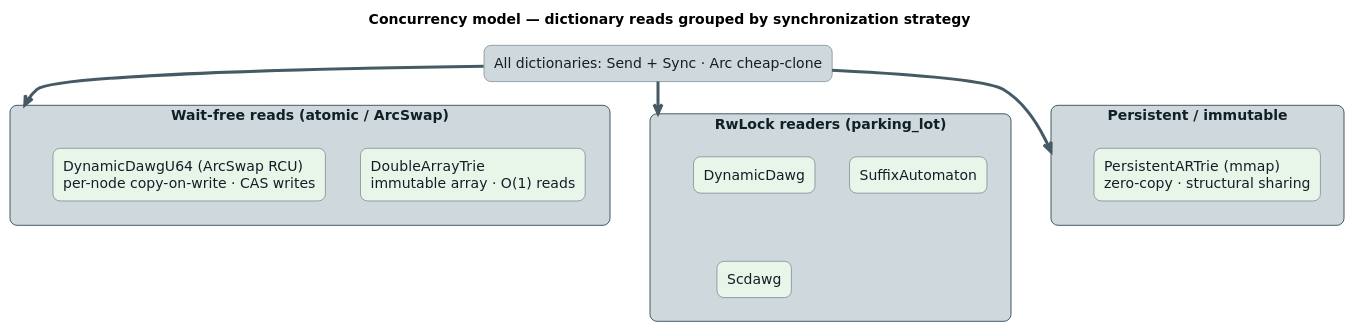
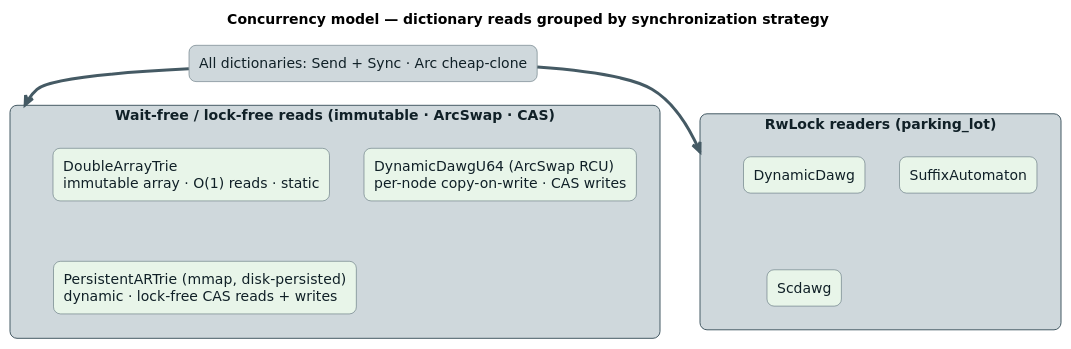
The diagram in docs/diagrams/concurrency/concurrency-model.puml (vinary-tree/liblevenshtein-rust), drawn with PlantUML before and after one commit. The commit also changed 25 other files, not shown here.

First line of the commit message:
docs: update backend diagrams and archive limitation

```diff
--- a/docs/diagrams/concurrency/concurrency-model.puml
+++ b/docs/diagrams/concurrency/concurrency-model.puml
@@ -1,47 +1,44 @@
 @startuml concurrency-model
 ' liblevenshtein — read/write concurrency model, grouped by synchronization strategy.
 ' Every dictionary backend is Send + Sync and cheap to share via Arc; what differs
 ' is HOW concurrent readers and writers are coordinated.
 ' Color legend:
-'   concurrency  #CFD8DC / #ECEFF1 / #455A64  = the three sync-strategy groups
+'   concurrency  #CFD8DC / #ECEFF1 / #455A64  = the two sync-strategy groups
 '   dictionary   #E8F5E9 (green tint)         = the dictionary backends themselves
 '   border/arrow #455A64 (slate)              = concurrency borders & arrows
-' Strategies:
-'   Wait-free reads  — atomic loads / ArcSwap RCU; readers never block a writer
-'   RwLock readers   — parking_lot read guards; readers block only a concurrent writer
-'   Persistent       — immutable shared structure; reads need no synchronization
+' Strategies (per the SyncStrategy enum):
+'   Wait-free / lock-free reads — readers never block: an immutable snapshot
+'     (DoubleArrayTrie), ArcSwap RCU (DynamicDawgU64), or lock-free CAS over a
+'     memory-mapped overlay (PersistentARTrie — dynamic AND disk-persisted)
+'   RwLock readers — parking_lot read guards; readers block only a concurrent writer
 skinparam backgroundColor #FFFFFF
 skinparam shadowing false
 skinparam defaultFontName "DejaVu Sans"
 skinparam rectangle {
   RoundCorner 14
   BorderColor #455A64
   FontColor #102027
 }
 skinparam ArrowColor #37474F
 skinparam ArrowThickness 2
 
 title Concurrency model — dictionary reads grouped by synchronization strategy
 
 rectangle "All dictionaries: Send + Sync · Arc cheap-clone" as banner #CFD8DC
 
-rectangle "Wait-free reads (atomic / ArcSwap)" as gfree #CFD8DC {
-  rectangle "DoubleArrayTrie\nimmutable array · O(1) reads" as dat #E8F5E9
+rectangle "Wait-free / lock-free reads (immutable · ArcSwap · CAS)" as gfree #CFD8DC {
+  rectangle "DoubleArrayTrie\nimmutable array · O(1) reads · static" as dat #E8F5E9
   rectangle "DynamicDawgU64 (ArcSwap RCU)\nper-node copy-on-write · CAS writes" as ddu64 #E8F5E9
+  rectangle "PersistentARTrie (mmap, disk-persisted)\ndynamic · lock-free CAS reads + writes" as art #E8F5E9
 }
 
 rectangle "RwLock readers (parking_lot)" as glock #CFD8DC {
   rectangle "DynamicDawg" as dd #E8F5E9
   rectangle "SuffixAutomaton" as sa #E8F5E9
   rectangle "Scdawg" as sc #E8F5E9
 }
 
-rectangle "Persistent / immutable" as gpers #CFD8DC {
-  rectangle "PersistentARTrie (mmap)\nzero-copy · structural sharing" as art #E8F5E9
-}
-
 banner -[#455A64,thickness=3]down-> gfree
 banner -[#455A64,thickness=3]down-> glock
-banner -[#455A64,thickness=3]down-> gpers
 
 @enduml
```
